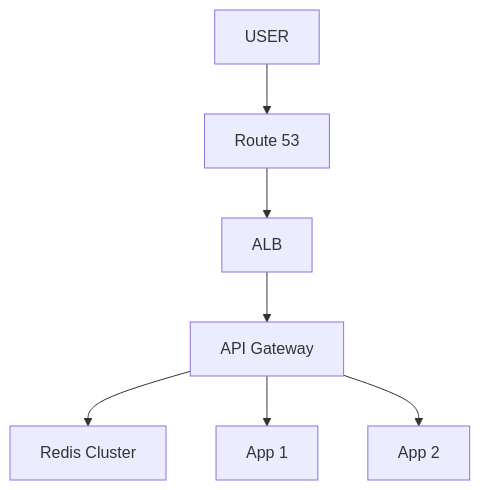
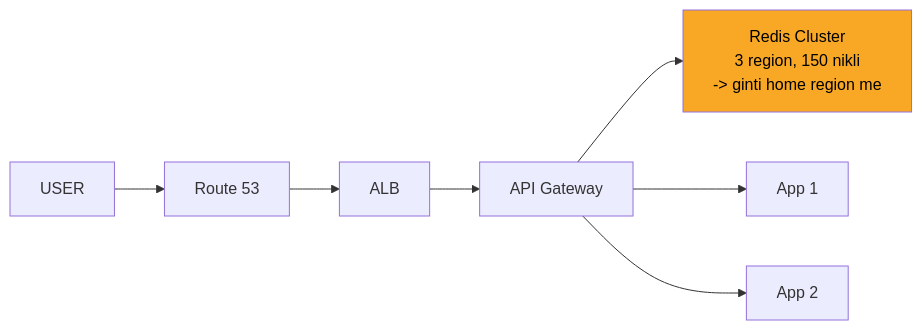
Before and after one commit to ArpanMaheshwari144/Prep: the sixth of 11 diagrams in 04_HLD/SYSTEM_DESIGNS/02_rate_limiter/02_rate_limiter.md, drawn with Mermaid. The commit also changed other lines of this file and 2 other files, not shown here.

Commit message:
url shortener, rate limiter, twitter: one-day story, short cards, follow-ups with rules, highlighted diagrams

````diff
--- a/04_HLD/SYSTEM_DESIGNS/02_rate_limiter/02_rate_limiter.md
+++ b/04_HLD/SYSTEM_DESIGNS/02_rate_limiter/02_rate_limiter.md
@@ -241,16 +257,17 @@
 ```mermaid
-flowchart TD
+flowchart LR
     n_USER["USER"]
     n_Route_53["Route 53"]
     n_ALB["ALB"]
     n_API_Gateway["API Gateway"]
-    n_Redis_Cluster["Redis Cluster"]
+    n_Redis_Cluster["Redis Cluster<br/>3 region, 150 nikli<br/>-> ginti home region me"]
     n_App_x_N_1["App 1"]
     n_App_x_N_2["App 2"]
     n_USER --> n_Route_53
     n_Route_53 --> n_ALB
     n_ALB --> n_API_Gateway
     n_API_Gateway --> n_Redis_Cluster
     n_API_Gateway --> n_App_x_N_1
     n_API_Gateway --> n_App_x_N_2
+    style n_Redis_Cluster fill:#f9a825,color:#000
 ```
````
